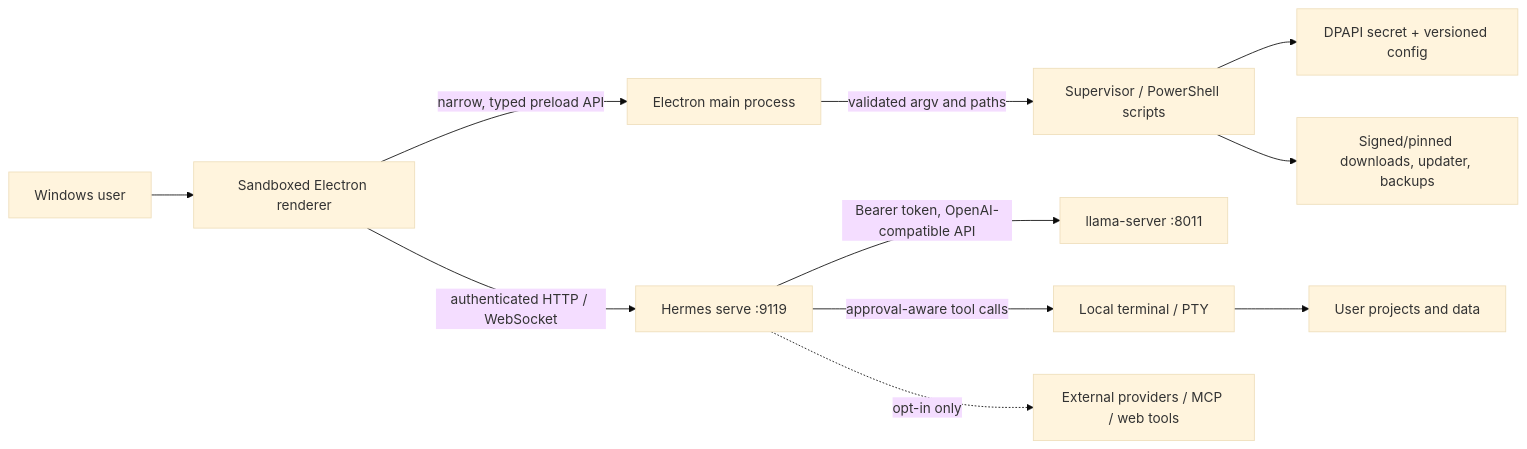
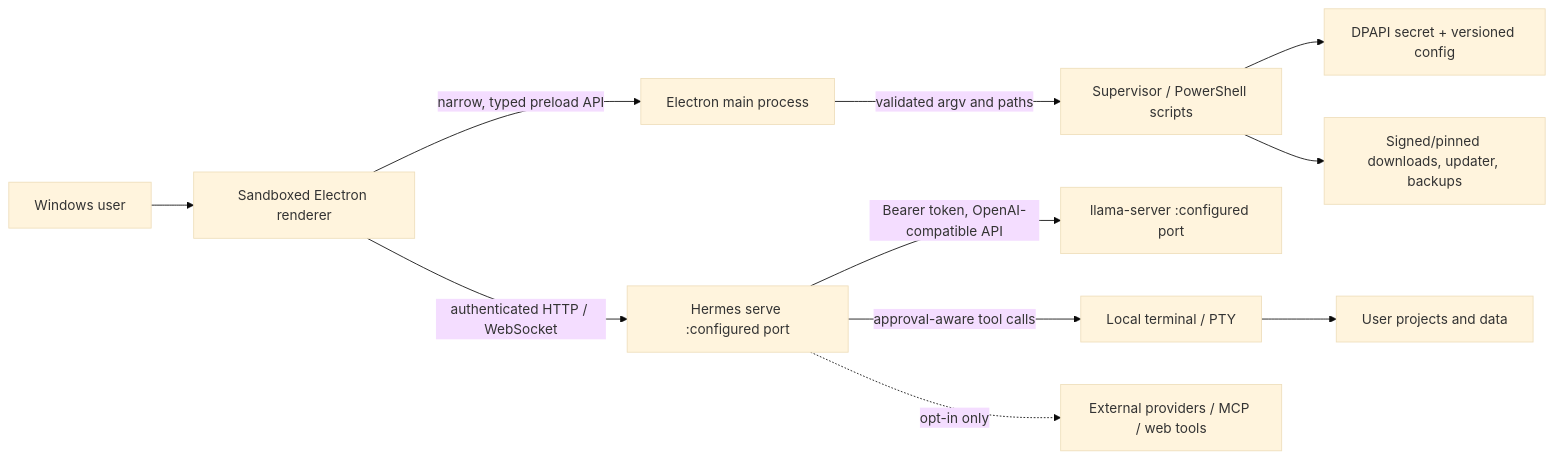
The diagram in security/threat-model/THREAT_MODEL.md (xdCloudy/Hermes-Local), drawn with Mermaid (base theme) before and after one commit. The commit also changed other lines of this file and 46 other files, not shown here.

````diff
--- a/security/threat-model/THREAT_MODEL.md
+++ b/security/threat-model/THREAT_MODEL.md
@@ -31,13 +31,13 @@
 ```mermaid
 flowchart LR
     U["Windows user"] --> R["Sandboxed Electron renderer"]
     R -->|"narrow, typed preload API"| M["Electron main process"]
-    R -->|"authenticated HTTP / WebSocket"| H["Hermes serve :9119"]
+    R -->|"authenticated HTTP / WebSocket"| H["Hermes serve :configured port"]
     M -->|"validated argv and paths"| P["Supervisor / PowerShell scripts"]
-    H -->|"Bearer token, OpenAI-compatible API"| L["llama-server :8011"]
+    H -->|"Bearer token, OpenAI-compatible API"| L["llama-server :configured port"]
     H -->|"approval-aware tool calls"| T["Local terminal / PTY"]
     T --> F["User projects and data"]
     P --> D["DPAPI secret + versioned config"]
     P --> A["Signed/pinned downloads, updater, backups"]
     H -. "opt-in only" .-> N["External providers / MCP / web tools"]
 ```
````
